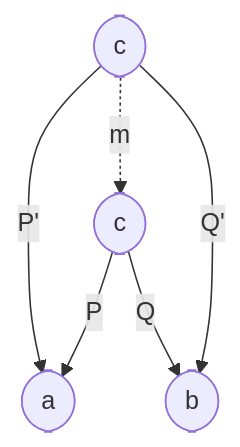
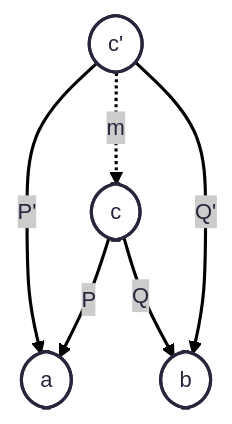
One commit to alexisbcc/category-theory changed the third of 5 diagrams in README.md. Above: the diagram before and after it, drawn with Mermaid. The commit also changed other lines of this file, not shown here.

````diff
--- a/README.md
+++ b/README.md
@@ -156,12 +156,12 @@
 ```mermaid
 ---
 config:
-  theme: Products
+  theme: redux
 ---
 flowchart TD
-    CP(["c"]) -- P' --> A(["a"])
+    CP(["c'"]) -- P' --> A(["a"])
     C(["c"]) -- Q --> B(["b"])
     CP -- Q' --> B
     C -- P --> A
     CP -. m .-> C
 ```
````
